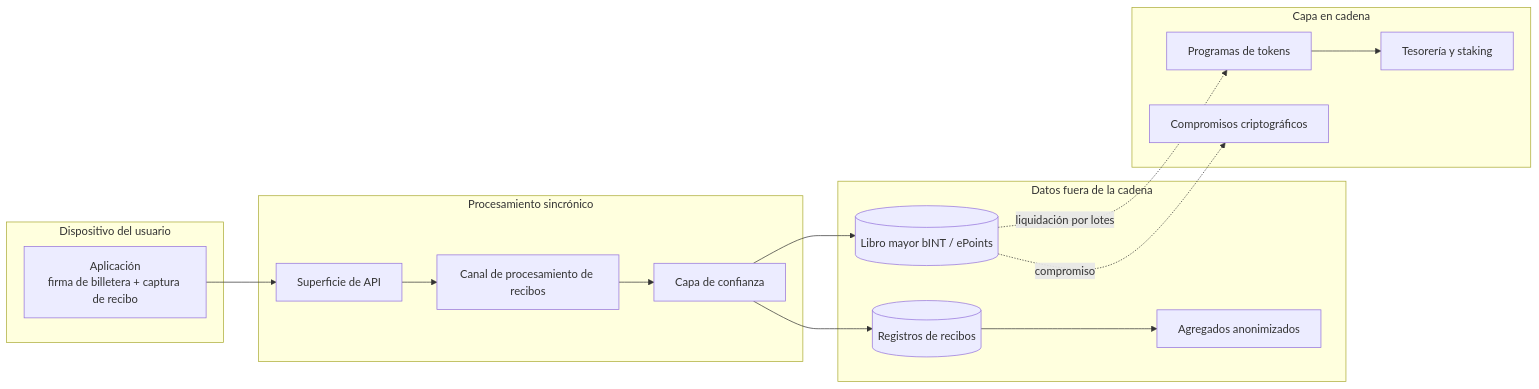
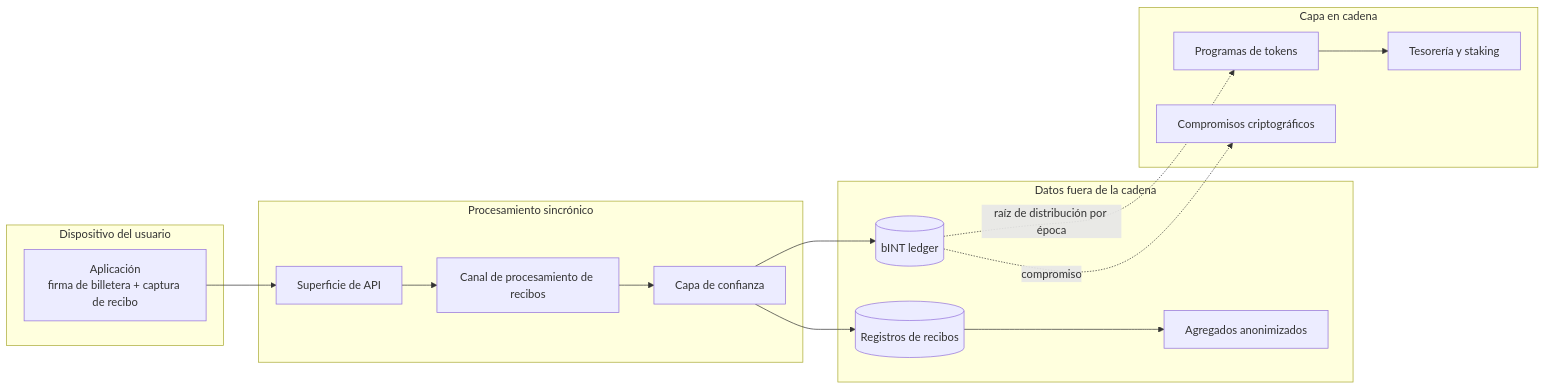
Before and after one commit to Yumo-Yumo-Inc/yumoyumohq: the diagram in content/technical-paper/es/01-architecture-overview/02-system-map.md, drawn with Mermaid. The commit also changed other lines of this file and 1048 other files, not shown here.

````diff
--- a/content/technical-paper/es/01-architecture-overview/02-system-map.md
+++ b/content/technical-paper/es/01-architecture-overview/02-system-map.md
@@ -5,32 +5,32 @@
 ```mermaid
 flowchart LR
     subgraph Client["Dispositivo del usuario"]
         A["Aplicación<br/>firma de billetera + captura de recibo"]
     end
 
     subgraph Processing["Procesamiento sincrónico"]
         B["Superficie de API"]
         C["Canal de procesamiento de recibos"]
         D["Capa de confianza"]
     end
 
     subgraph Data["Datos fuera de la cadena"]
         E[("Registros de recibos")]
-        F[("Libro mayor bINT / ePoints")]
+        F[("bINT ledger")]
         G["Agregados anonimizados"]
     end
 
     subgraph Chain["Capa en cadena"]
         H["Programas de tokens"]
         I["Tesorería y staking"]
         J["Compromisos criptográficos"]
     end
 
     A --> B --> C --> D
     D --> E
     D --> F
     E --> G
-    F -. "liquidación por lotes" .-> H
+    F -. "raíz de distribución por época" .-> H
     F -. "compromiso" .-> J
     H --> I
 ```
````
